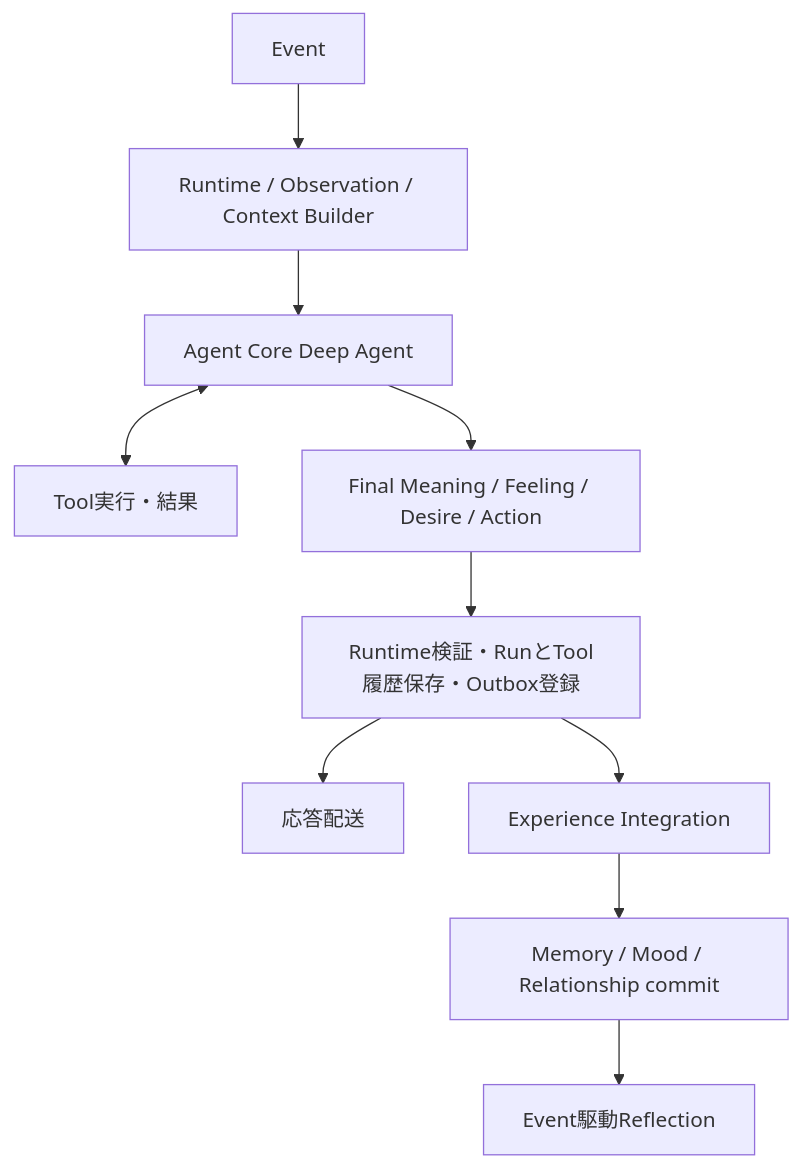
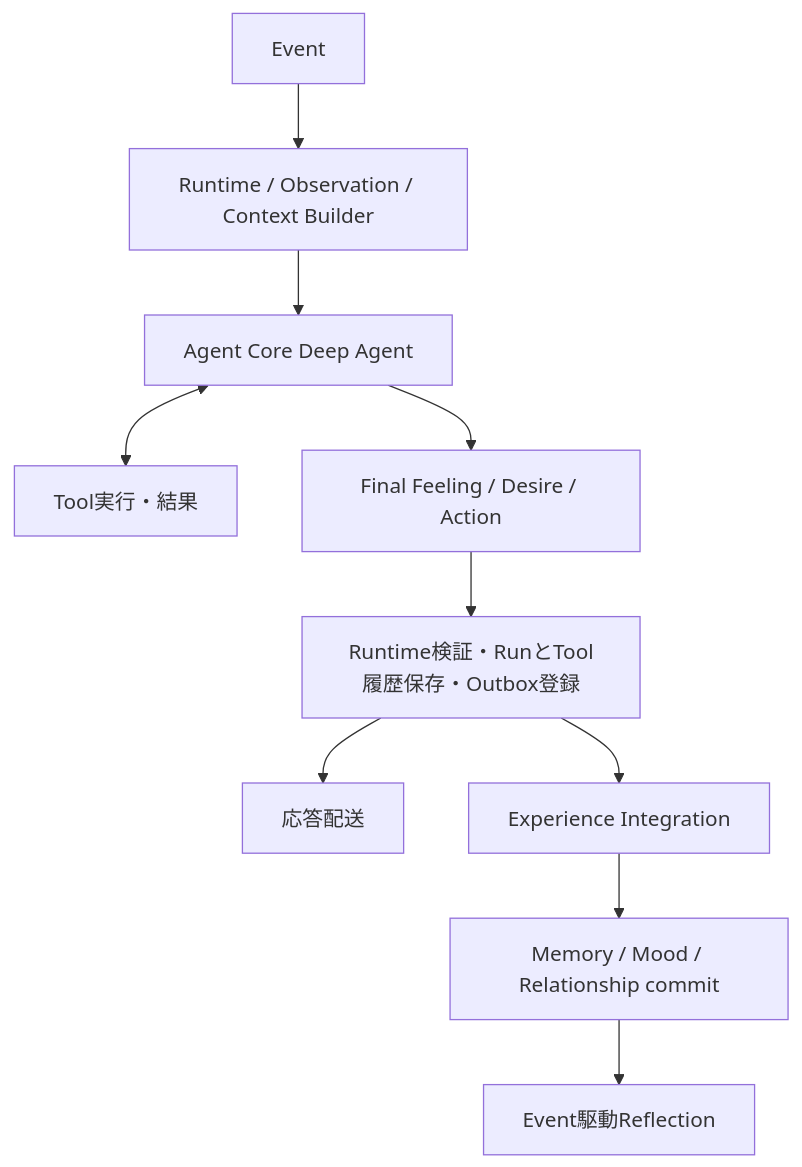
Before and after one commit to if001/social_agent: the diagram in spec/personal-agent-implementation-design-v2.md, drawn with Mermaid. The commit also changed other lines of this file and 27 other files, not shown here.

````diff
--- a/spec/personal-agent-implementation-design-v2.md
+++ b/spec/personal-agent-implementation-design-v2.md
@@ -73,12 +73,12 @@
 ```mermaid
 flowchart TD
   E[Event] --> R[Runtime / Observation / Context Builder]
   R --> C[Agent Core Deep Agent]
   C <--> T[Tool実行・結果]
-  C --> O[Final Meaning / Feeling / Desire / Action]
+  C --> O[Final Feeling / Desire / Action]
   O --> V[Runtime検証・RunとTool履歴保存・Outbox登録]
   V --> D[応答配送]
   V --> EI[Experience Integration]
   EI --> S[Memory / Mood / Relationship commit]
   S --> RF[Event駆動Reflection]
 ```
````
